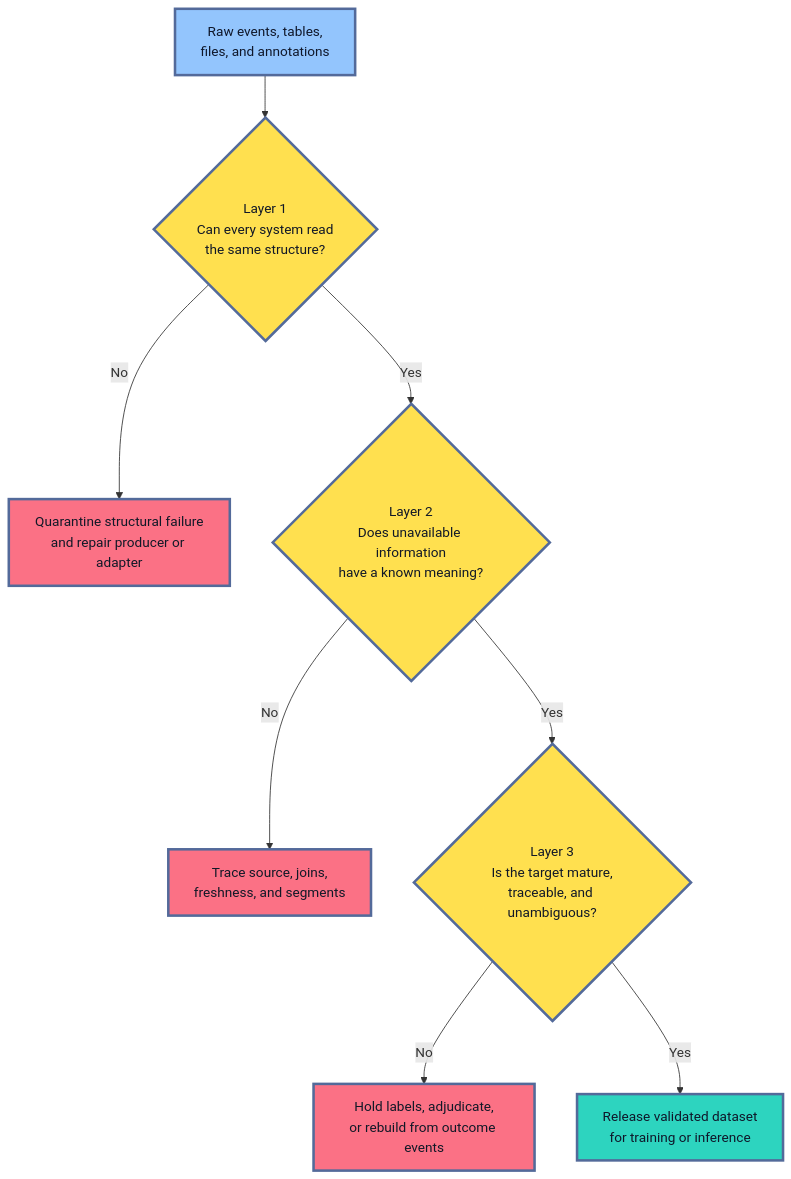
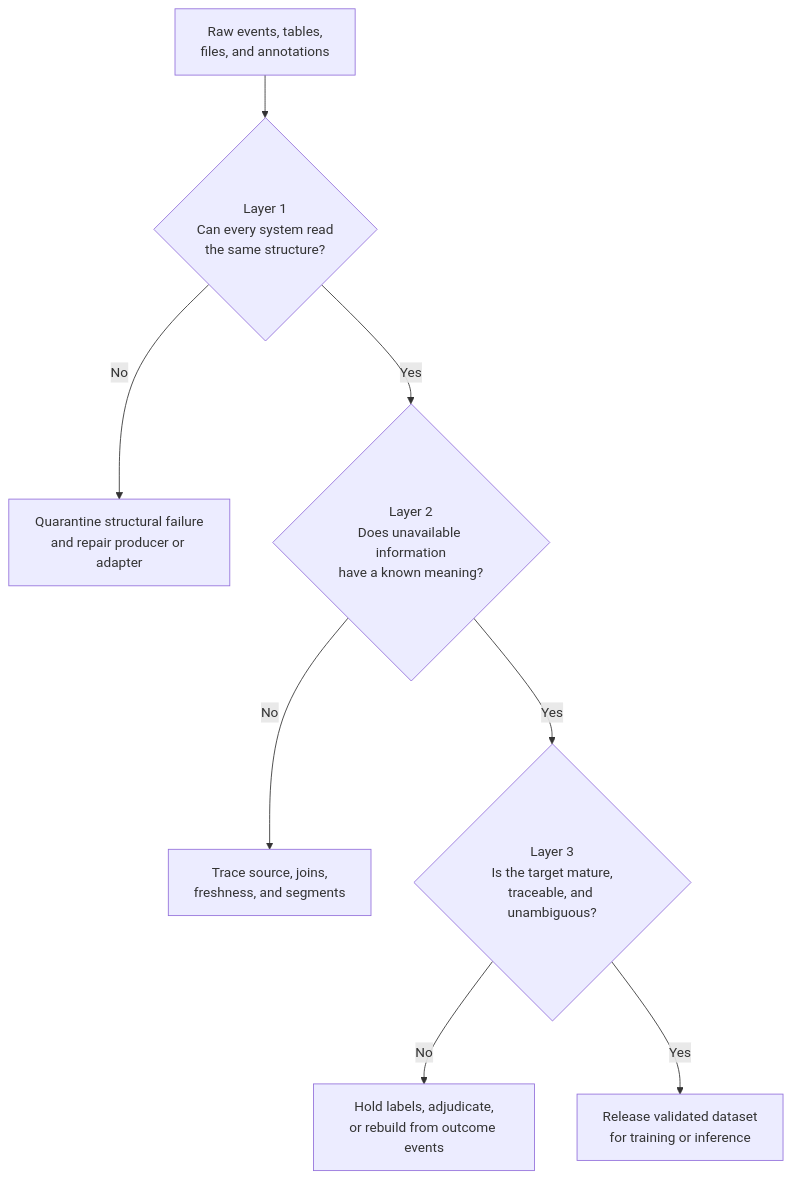
The first of 6 diagrams in roadmaps/mlops/modules/data-for-ml-systems/data-quality/02-schema-checks-missing-values-bad-labels.md (senlinyy/dev-roadmaps), drawn with Mermaid before and after one commit. The commit also changed other lines of this file and 152 other files, not shown here.

Commit message:
feat: mlops and diagrams updated

````diff
--- a/roadmaps/mlops/modules/data-for-ml-systems/data-quality/02-schema-checks-missing-values-bad-labels.md
+++ b/roadmaps/mlops/modules/data-for-ml-systems/data-quality/02-schema-checks-missing-values-bad-labels.md
@@ -56,19 +56,15 @@
 ```mermaid
 flowchart TD
     A["Raw events, tables,<br/>files, and annotations"] --> B{"Layer 1<br/>Can every system read<br/>the same structure?"}
     B -->|"No"| C["Quarantine structural failure<br/>and repair producer or adapter"]
     B -->|"Yes"| D{"Layer 2<br/>Does unavailable information<br/>have a known meaning?"}
     D -->|"No"| E["Trace source, joins,<br/>freshness, and segments"]
     D -->|"Yes"| F{"Layer 3<br/>Is the target mature,<br/>traceable, and unambiguous?"}
     F -->|"No"| G["Hold labels, adjudicate,<br/>or rebuild from outcome events"]
     F -->|"Yes"| H["Release validated dataset<br/>for training or inference"]
 
-    classDef source fill:#93C5FD,stroke:#536A9A,stroke-width:3px,color:#0F172A
-    classDef gate fill:#FFE04F,stroke:#536A9A,stroke-width:3px,color:#111827
-    classDef repair fill:#FB7185,stroke:#536A9A,stroke-width:3px,color:#111827
-    classDef release fill:#2DD4BF,stroke:#536A9A,stroke-width:3px,color:#0F172A
     class A source
     class B,D,F gate
     class C,E,G repair
     class H release
 ```
````
